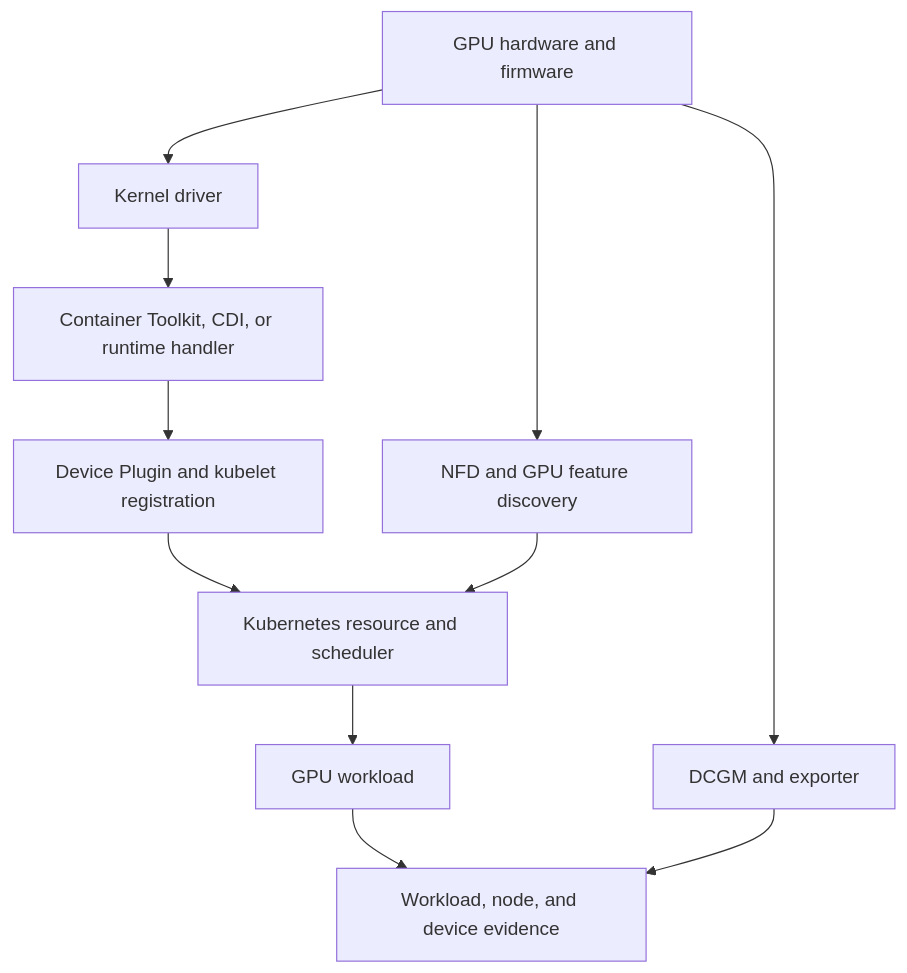
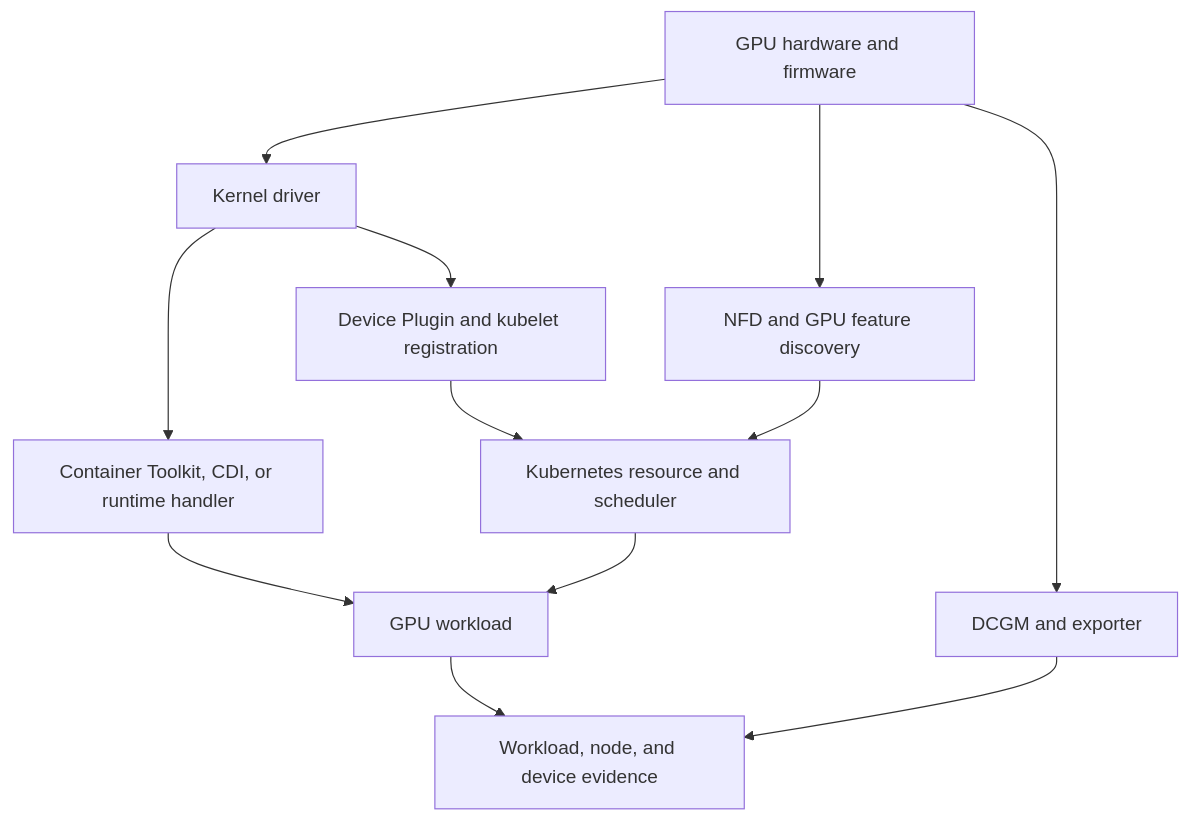
The diagram in docs/nvidia-zero-to-hero/volume-10/chapter-12-volume-10-summary.md (jithinpnjm/nvidia-devops), drawn with Mermaid before and after one commit. The commit also changed 1 other file, not shown here.

Commit message:
docs: align Volume 10 lifecycle diagrams

````diff
--- a/docs/nvidia-zero-to-hero/volume-10/chapter-12-volume-10-summary.md
+++ b/docs/nvidia-zero-to-hero/volume-10/chapter-12-volume-10-summary.md
@@ -16,13 +16,14 @@
 ```mermaid
 flowchart TD
     Hardware[GPU hardware and firmware] --> Driver[Kernel driver]
     Driver --> Runtime[Container Toolkit, CDI, or runtime handler]
-    Runtime --> Plugin[Device Plugin and kubelet registration]
+    Driver --> Plugin[Device Plugin and kubelet registration]
     Hardware --> Discovery[NFD and GPU feature discovery]
+    Runtime --> Workload[GPU workload]
     Plugin --> Scheduler[Kubernetes resource and scheduler]
     Discovery --> Scheduler
     Scheduler --> Workload[GPU workload]
     Hardware --> DCGM[DCGM and exporter]
     Workload --> Evidence[Workload, node, and device evidence]
     DCGM --> Evidence
 ```
````
